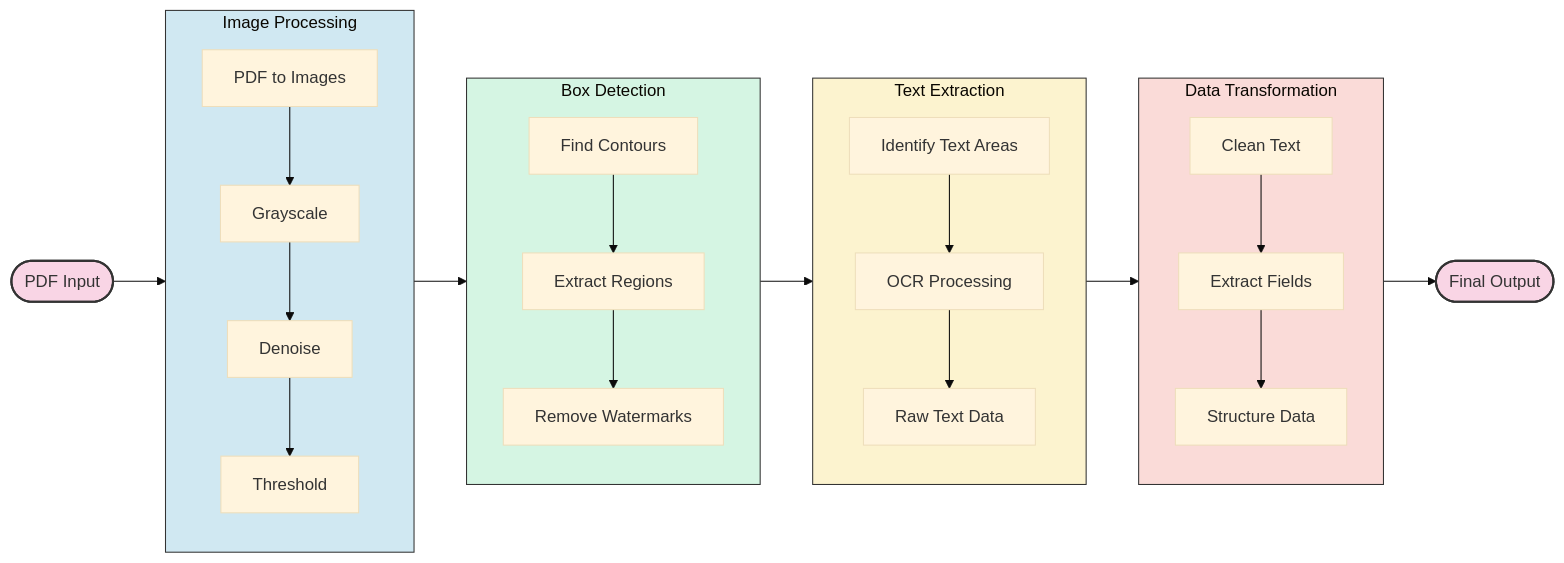
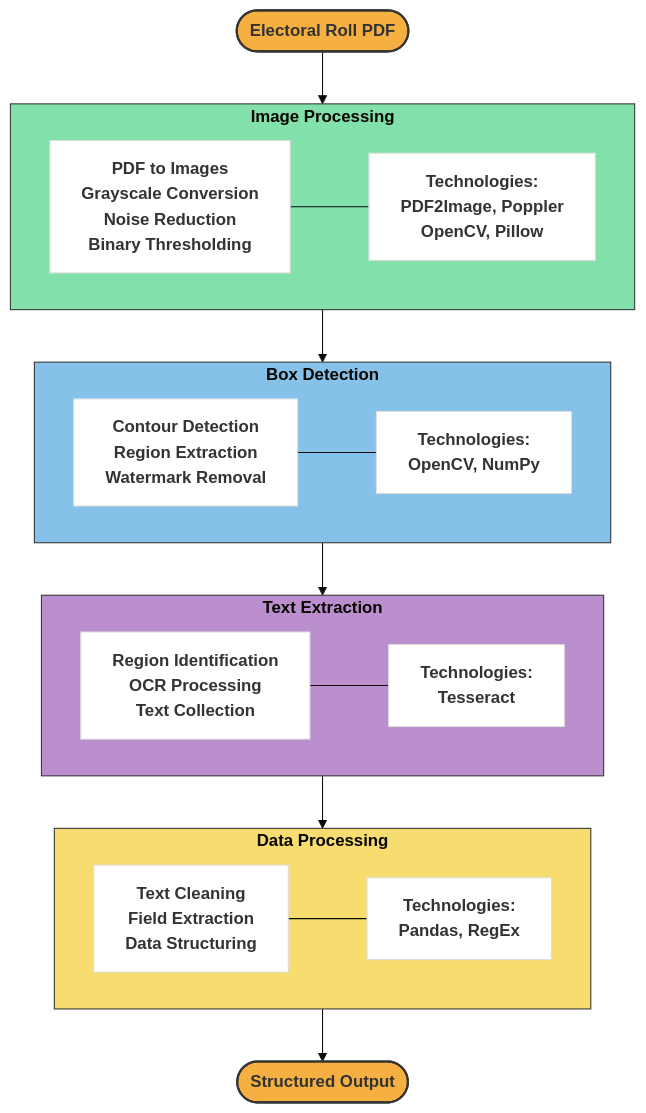
One commit to neha-nambiar/electoral-roll-extractor changed the diagram in README.md. Above: the diagram before and after it, drawn with Mermaid (base theme). The commit also changed other lines of this file, not shown here.

````diff
--- a/README.md
+++ b/README.md
@@ -9,35 +9,46 @@
 ```mermaid
-flowchart LR
-    A([PDF Input]) --> B
+flowchart TD
+    A([<b>Electoral Roll PDF</b>]) --> B
     
-    subgraph B[Image Processing]
-      B1[PDF to Images] --> B2[Grayscale] --> B3[Denoise] --> B4[Threshold]
+    subgraph B[<b>Image Processing</b>]
+      B1[<b>PDF to Images<br>Grayscale Conversion<br>Noise Reduction<br>Binary Thresholding</b>]
+      B2[<b>Technologies:<br>PDF2Image, Poppler<br>OpenCV, Pillow</b>]
+      B1 --- B2
     end
     
     B --> C
     
-    subgraph C[Box Detection]
-      C1[Find Contours] --> C2[Extract Regions] --> C3[Remove Watermarks]
+    subgraph C[<b>Box Detection</b>]
+      C1[<b>Contour Detection<br>Region Extraction<br>Watermark Removal</b>]
+      C2[<b>Technologies:<br>OpenCV, NumPy</b>]
+      C1 --- C2
     end
     
     C --> D
     
-    subgraph D[Text Extraction]
-      D1[Identify Text Areas] --> D2[OCR Processing] --> D3[Raw Text Data]
+    subgraph D[<b>Text Extraction</b>]
+      D1[<b>Region Identification<br>OCR Processing<br>Text Collection</b>]
+      D2[<b>Technologies:<br>Tesseract</b>]
+      D1 --- D2
     end
     
     D --> E
     
-    subgraph E[Data Transformation]
-      E1[Clean Text] --> E2[Extract Fields] --> E3[Structure Data]
+    subgraph E[<b>Data Processing</b>]
+      E1[<b>Text Cleaning<br>Field Extraction<br>Data Structuring</b>]
+      E2[<b>Technologies:<br>Pandas, RegEx</b>]
+      E1 --- E2
     end
     
-    E --> F([Final Output])
+    E --> F([<b>Structured Output</b>])
     
-    style A fill:#f9d5e5,stroke:#333,stroke-width:2px
-    style B fill:#d0e8f2,stroke:#333,stroke-width:1px
-    style C fill:#d5f5e3,stroke:#333,stroke-width:1px
-    style D fill:#fcf3cf,stroke:#333,stroke-width:1px
-    style E fill:#fadbd8,stroke:#333,stroke-width:1px
-    style F fill:#f9d5e5,stroke:#333,stroke-width:2px
+    style A fill:#f5b041,stroke:#333,stroke-width:2px
+    style F fill:#f5b041,stroke:#333,stroke-width:2px
+    style B fill:#82e0aa,stroke:#333,stroke-width:1px
+    style C fill:#85c1e9,stroke:#333,stroke-width:1px
+    style D fill:#bb8fce,stroke:#333,stroke-width:1px
+    style E fill:#f7dc6f,stroke:#333,stroke-width:1px
+    
+    classDef subboxes fill:white,stroke:#ddd,stroke-width:1px
+    class B1,B2,C1,C2,D1,D2,E1,E2 subboxes
 ```
````
